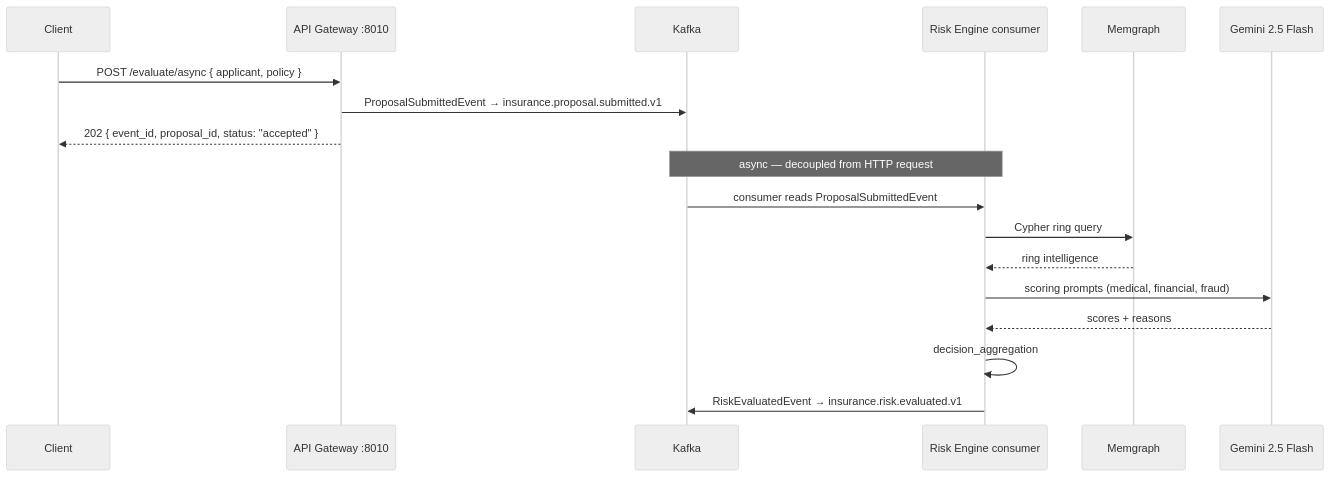
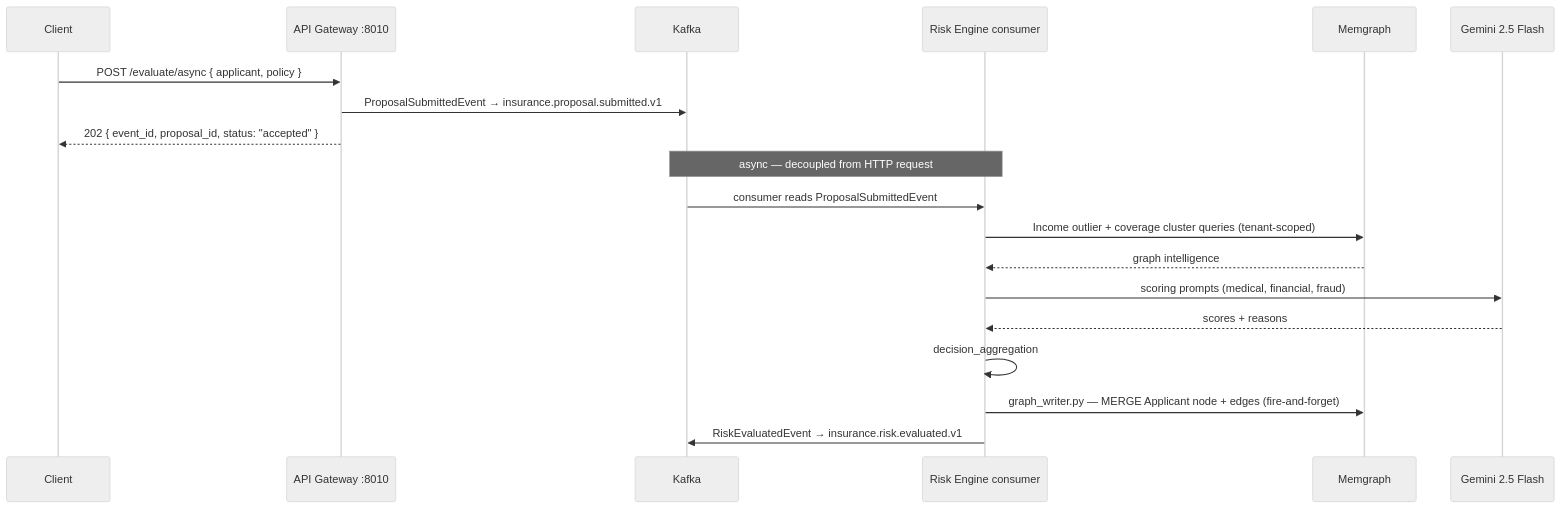
One commit to Nouman64-cat/insurance-ai changed the second of 3 diagrams in docs/docs/data-flow.md. Above: the diagram before and after it, drawn with Mermaid (neutral theme). The commit also changed other lines of this file and 2 other files, not shown here.

Commit message:
docs: update schemas, services, and data-flow for applicant CRUD and Memgraph fraud-ring overhaul

````diff
--- a/docs/docs/data-flow.md
+++ b/docs/docs/data-flow.md
@@ -55,22 +58,23 @@
 ```mermaid
 sequenceDiagram
     participant C as Client
     participant GW as API Gateway :8010
     participant KF as Kafka
     participant RE as Risk Engine consumer
     participant MG as Memgraph
     participant LLM as Gemini 2.5 Flash
 
     C->>GW: POST /evaluate/async { applicant, policy }
     GW->>KF: ProposalSubmittedEvent → insurance.proposal.submitted.v1
     GW-->>C: 202 { event_id, proposal_id, status: "accepted" }
 
     note over KF,RE: async — decoupled from HTTP request
     KF->>RE: consumer reads ProposalSubmittedEvent
-    RE->>MG: Cypher ring query
-    MG-->>RE: ring intelligence
+    RE->>MG: Income outlier + coverage cluster queries (tenant-scoped)
+    MG-->>RE: graph intelligence
     RE->>LLM: scoring prompts (medical, financial, fraud)
     LLM-->>RE: scores + reasons
     RE->>RE: decision_aggregation
+    RE->>MG: graph_writer.py — MERGE Applicant node + edges (fire-and-forget)
     RE->>KF: RiskEvaluatedEvent → insurance.risk.evaluated.v1
 ```
````
